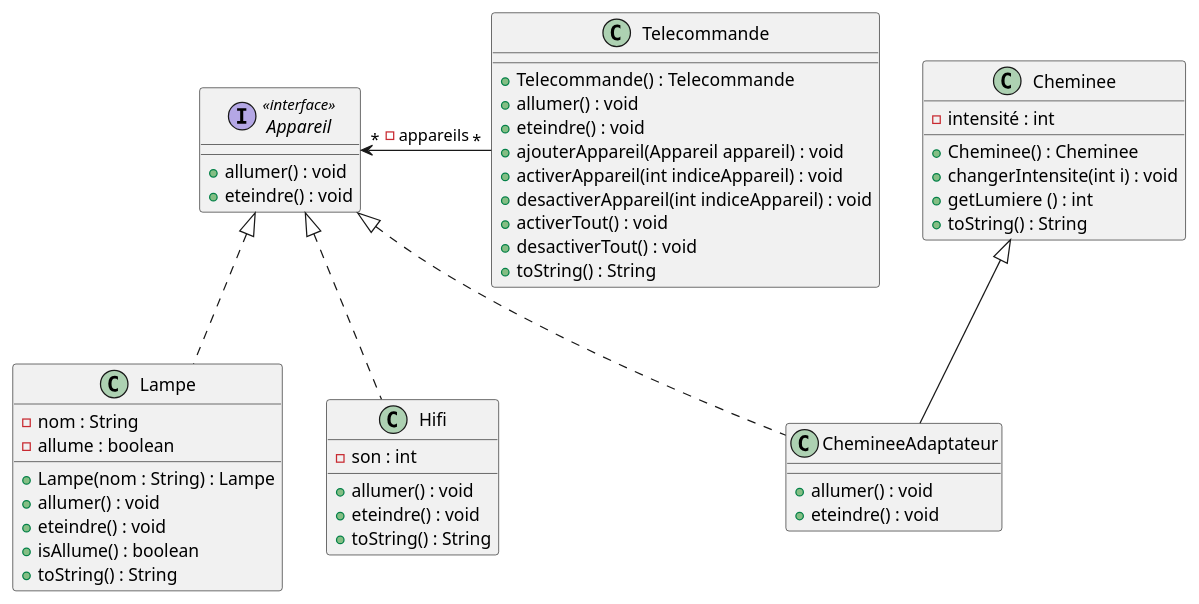
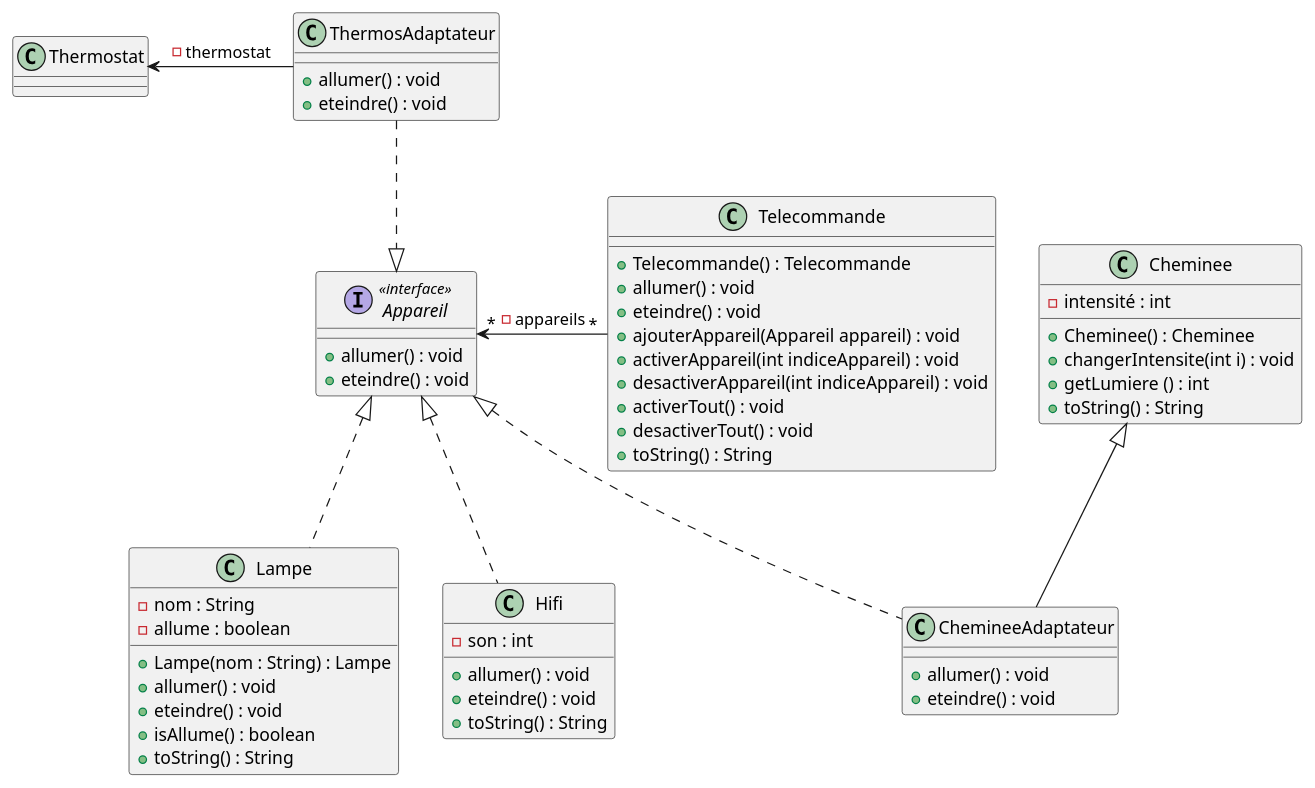
The diagram in schema.puml (Zhi-Sheng-Trieu/2022_coo_domotique_Noel_Trieu), drawn with PlantUML before and after one commit.

Commit message:
ajout thermostat uml

```diff
--- a/schema.puml
+++ b/schema.puml
@@ -1,61 +1,70 @@
 @startuml
 
 interface Appareil <<interface>>{
     +allumer() : void
     +eteindre() : void
 }
 
 class Lampe{
     -nom : String
     -allume : boolean
     +Lampe(nom : String) : Lampe
     +allumer() : void
     +eteindre() : void
     +isAllume() : boolean
     +toString() : String
 }
 
 class Telecommande{
     +Telecommande() : Telecommande
     +allumer() : void
     +eteindre() : void
     +ajouterAppareil(Appareil appareil) : void
     +activerAppareil(int indiceAppareil) : void
     +desactiverAppareil(int indiceAppareil) : void
     +activerTout() : void
     +desactiverTout() : void
     +toString() : String
 }
 
 class Hifi{
     -son : int
     +allumer() : void
     +eteindre() : void
     +toString() : String
 }
 
 class Cheminee{
     -intensité : int
     +Cheminee() : Cheminee
     +changerIntensite(int i) : void
     +getLumiere () : int
     +toString() : String
 }
 
 class ChemineeAdaptateur{
     +allumer() : void
     +eteindre() : void
 }
 
+class Thermostat{
+}
+
+class ThermosAdaptateur{
+    +allumer() : void
+    +eteindre() : void
+}
 
 
 
+
+ThermosAdaptateur ..|> Appareil
 Appareil <|.. Lampe
 Appareil <|.. Hifi
 Appareil <|.. ChemineeAdaptateur
 Cheminee <|-- ChemineeAdaptateur
 
-
+Thermostat <- ThermosAdaptateur : -thermostat
 Appareil "*" <- "*" Telecommande : - appareils
 
 @enduml
```
